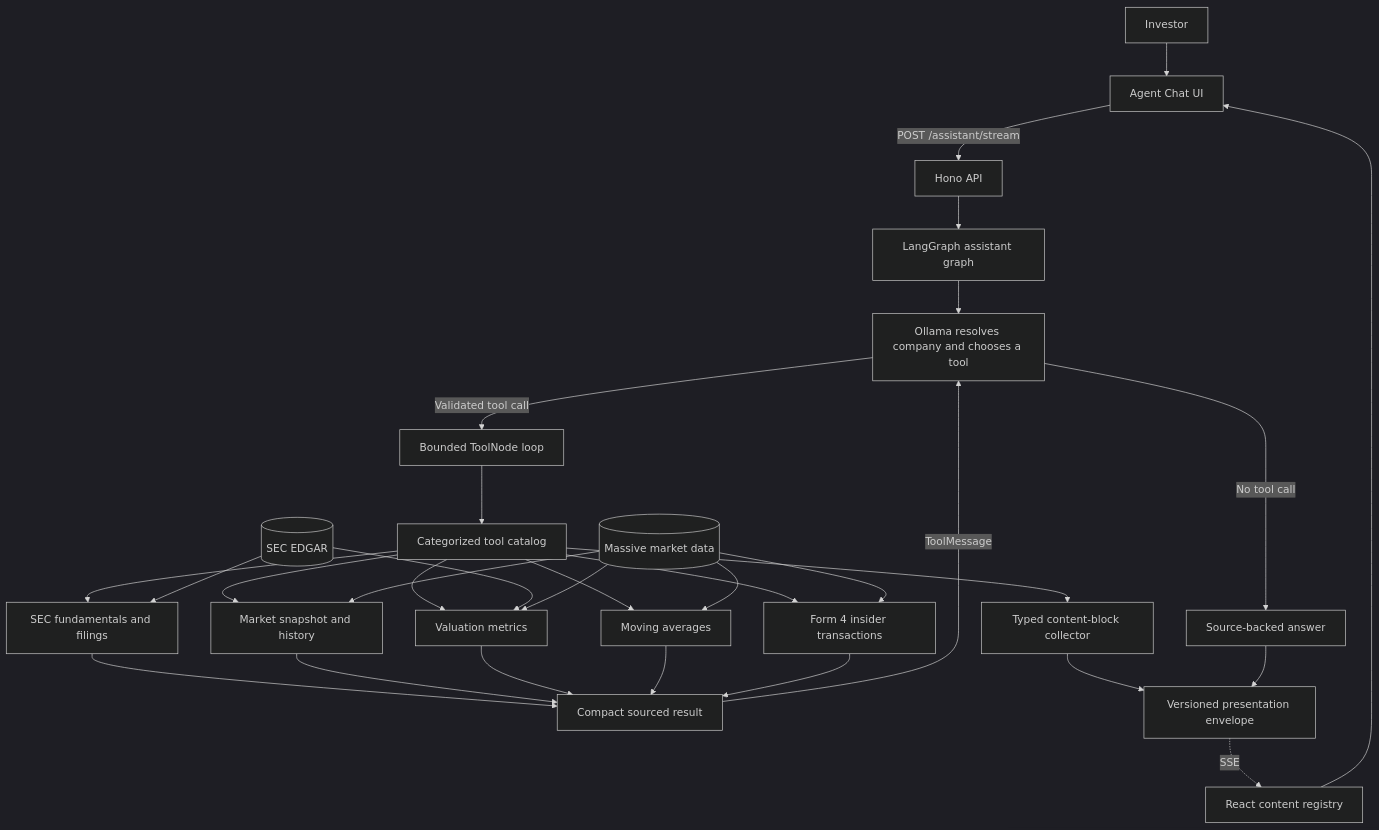
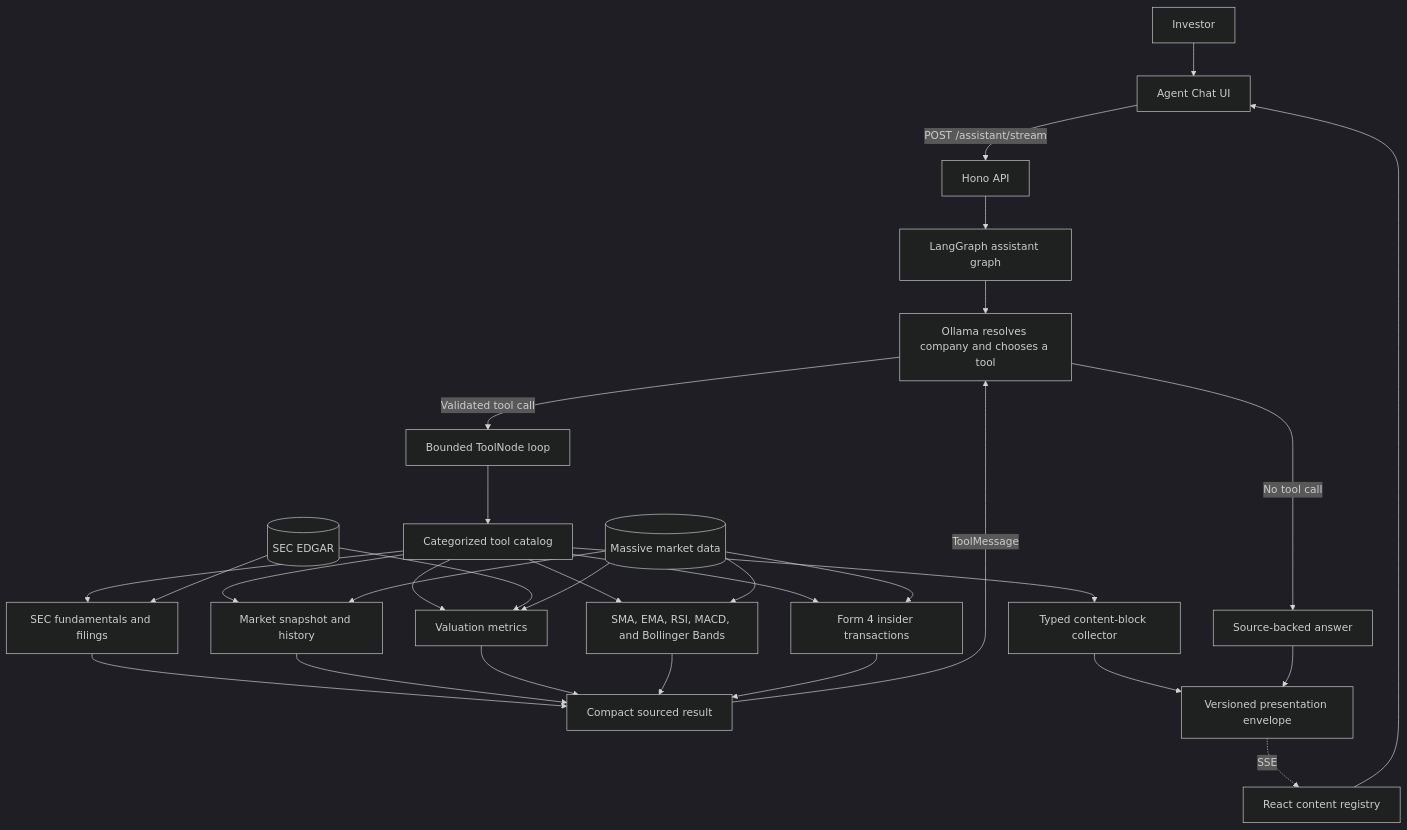
Before and after one commit to YuFanDeng/investment-research-committee: the second of 2 diagrams in docs/ARCHITECTURE.md, drawn with Mermaid (dark theme). The commit also changed 31 other files, not shown here.

````diff
--- a/docs/ARCHITECTURE.md
+++ b/docs/ARCHITECTURE.md
@@ -42,32 +42,32 @@
 ```mermaid
 flowchart TB
     User[Investor] --> UI[Agent Chat UI]
     UI -->|POST /assistant/stream| API[Hono API]
     API --> Graph[LangGraph assistant graph]
     Graph --> Model[Ollama resolves company and chooses a tool]
     Model -->|Validated tool call| ToolNode[Bounded ToolNode loop]
     ToolNode --> Catalog[Categorized tool catalog]
     Catalog --> SECtools[SEC fundamentals and filings]
     Catalog --> MarketTools[Market snapshot and history]
     Catalog --> ValuationTools[Valuation metrics]
-    Catalog --> TechnicalTools[Moving averages]
+    Catalog --> TechnicalTools[SMA, EMA, RSI, MACD, and Bollinger Bands]
     Catalog --> OwnershipTools[Form 4 insider transactions]
     SEC[(SEC EDGAR)] --> SECtools
     Massive[(Massive market data)] --> MarketTools
     SEC --> ValuationTools
     Massive --> ValuationTools
     Massive --> TechnicalTools
     Massive --> OwnershipTools
     SECtools --> Result[Compact sourced result]
     MarketTools --> Result
     ValuationTools --> Result
     TechnicalTools --> Result
     OwnershipTools --> Result
     Result -->|ToolMessage| Model
     Model -->|No tool call| Answer[Source-backed answer]
     Catalog --> Artifacts[Typed content-block collector]
     Artifacts --> Envelope[Versioned presentation envelope]
     Answer --> Envelope
     Envelope -. SSE .-> Registry[React content registry]
     Registry --> UI
 ```
````
